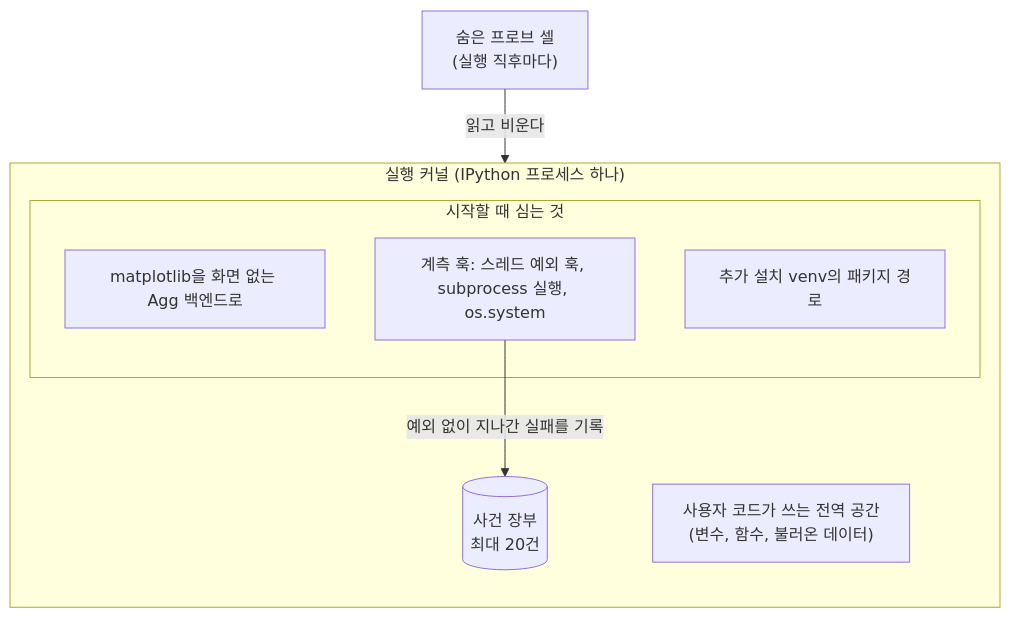
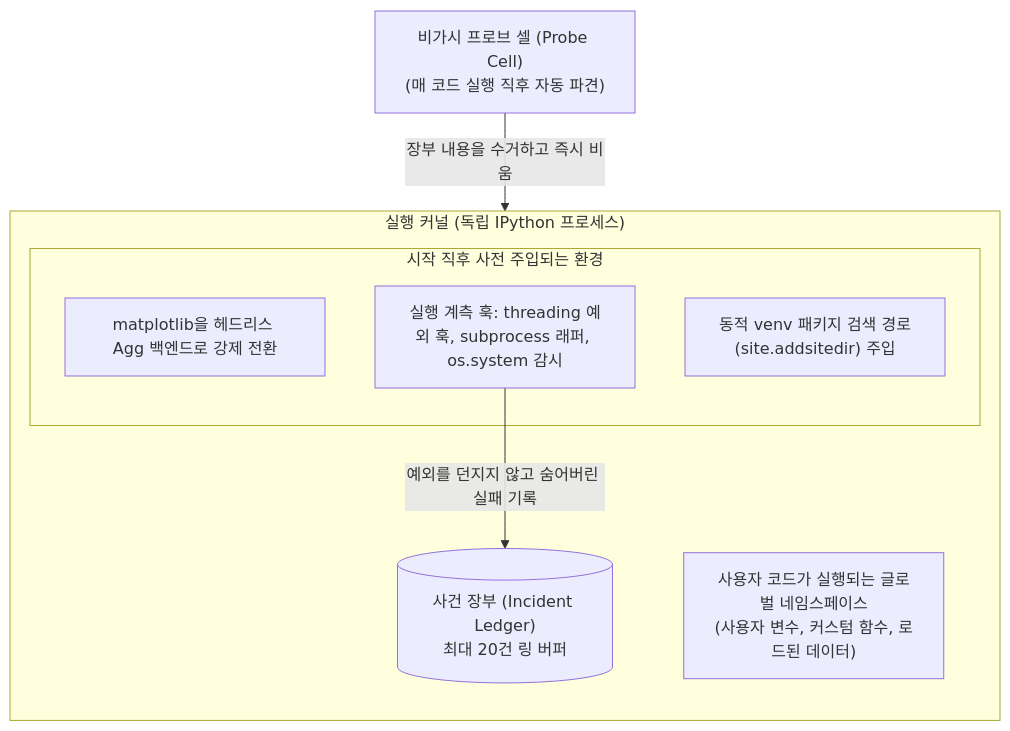
Before and after one commit to HaJaehee/AirGappedPySandbox: the fourth of 4 diagrams in lectures/03-architecture/01-static-view.md, drawn with Mermaid. The commit also changed other lines of this file and 31 other files, not shown here.

````diff
--- a/lectures/03-architecture/01-static-view.md
+++ b/lectures/03-architecture/01-static-view.md
@@ -193,15 +193,15 @@
 ```mermaid
 flowchart TB
-    subgraph K["실행 커널 (IPython 프로세스 하나)"]
+    subgraph K["실행 커널 (독립 IPython 프로세스)"]
         direction TB
-        subgraph S["시작할 때 심는 것"]
-            A1["matplotlib을 화면 없는 Agg 백엔드로"]
-            A2["계측 훅: 스레드 예외 훅, subprocess 실행, os.system"]
-            A3["추가 설치 venv의 패키지 경로"]
+        subgraph S["시작 직후 사전 주입되는 환경"]
+            A1["matplotlib을 헤드리스 Agg 백엔드로 강제 전환"]
+            A2["실행 계측 훅: threading 예외 훅, subprocess 래퍼, os.system 감시"]
+            A3["동적 venv 패키지 검색 경로(site.addsitedir) 주입"]
         end
-        U["사용자 코드가 쓰는 전역 공간<br/>(변수, 함수, 불러온 데이터)"]
-        L[("사건 장부<br/>최대 20건")]
-        A2 -- "예외 없이 지나간 실패를 기록" --> L
+        U["사용자 코드가 실행되는 글로벌 네임스페이스<br/>(사용자 변수, 커스텀 함수, 로드된 데이터)"]
+        L[("사건 장부 (Incident Ledger)<br/>최대 20건 링 버퍼")]
+        A2 -- "예외를 던지지 않고 숨어버린 실패 기록" --> L
     end
-    P["숨은 프로브 셀<br/>(실행 직후마다)"] -- "읽고 비운다" --> L
+    P["비가시 프로브 셀 (Probe Cell)<br/>(매 코드 실행 직후 자동 파견)"] -- "장부 내용을 수거하고 즉시 비움" --> L
 ```
````
